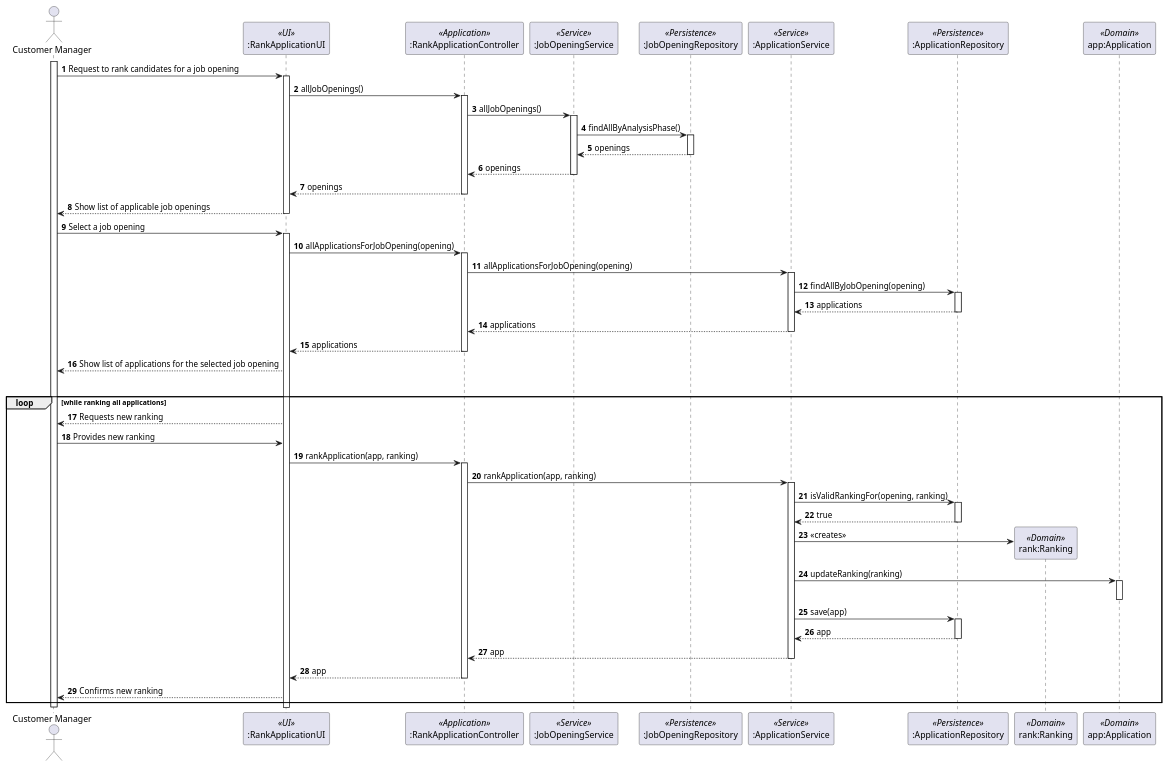
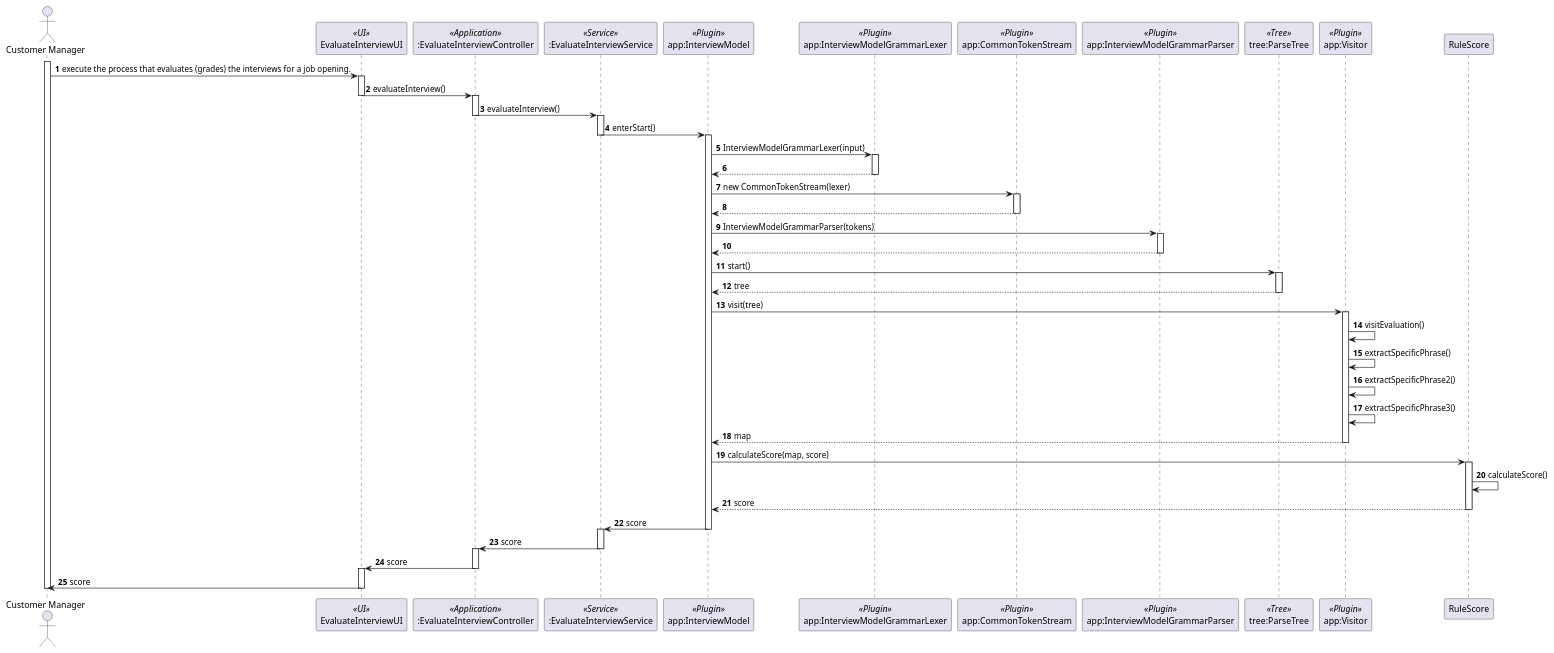
The diagram in docs/sprintC/1018/puml/1018-sequence-diagram.puml (marcoferreira37/Lapr4), drawn with PlantUML before and after one commit. The commit also changed 1 other file, not shown here.

Commit message:
#43 add sequence diagram and svg

```diff
--- a/docs/sprintC/1018/puml/1018-sequence-diagram.puml
+++ b/docs/sprintC/1018/puml/1018-sequence-diagram.puml
@@ -1,98 +1,98 @@
 @startuml
 
 actor "Customer Manager" as Agent
-participant ":RankApplicationUI" as ui <<UI>>
-participant ":RankApplicationController" as ctrl <<Application>>
-participant ":JobOpeningService" as jobServ <<Service>>
-participant ":JobOpeningRepository" as jobRepo <<Persistence>>
-participant ":ApplicationService" as appServ <<Service>>
-participant ":ApplicationRepository" as appRepo <<Persistence>>
-participant "rank:Ranking" as rank <<Domain>>
-participant "app:Application" as app <<Domain>>
+participant "EvaluateInterviewUI" as ui <<UI>>
+participant ":EvaluateInterviewController" as ctrl <<Application>>
+participant ":EvaluateInterviewService" as jobServ <<Service>>
+participant "app:InterviewModel" as interview <<Plugin>>
+participant "app:InterviewModelGrammarLexer" as lexer <<Plugin>>
+participant "app:CommonTokenStream" as stream <<Plugin>>
+participant "app:InterviewModelGrammarParser" as parser <<Plugin>>
+participant "tree:ParseTree" as tree <<Tree>>
+participant "app:Visitor" as visitor <<Plugin>>
+
+
+
+
 
 autonumber
 
 activate Agent
 
-Agent -> ui: Request to rank candidates for a job opening
+Agent -> ui: execute the process that evaluates (grades) the interviews for a job opening.
 activate ui
-ui -> ctrl: allJobOpenings()
+ui -> ctrl: evaluateInterview()
+deactivate ui
+
 activate ctrl
-ctrl -> jobServ: allJobOpenings()
+ctrl -> jobServ: evaluateInterview()
+deactivate ctrl
+
 activate jobServ
-jobServ -> jobRepo: findAllByAnalysisPhase()
-activate jobRepo
-jobRepo --> jobServ: openings
-deactivate
-jobServ --> ctrl: openings
-deactivate
-ctrl --> ui: openings
-deactivate
-ui --> Agent: Show list of applicable job openings
-deactivate
-Agent -> ui : Select a job opening
-activate ui
 
 
+jobServ -> interview: enterStart()
+deactivate jobServ
 
-ui -> ctrl: allApplicationsForJobOpening(opening)
+activate interview
 
-activate ctrl
+interview -> lexer: InterviewModelGrammarLexer(input)
+activate lexer
+lexer --> interview:
+deactivate lexer
 
-ctrl -> appServ: allApplicationsForJobOpening(opening)
+interview -> stream: new CommonTokenStream(lexer)
+activate stream
+stream --> interview:
+deactivate stream
+
+interview -> parser: InterviewModelGrammarParser(tokens)
+activate parser
+parser--> interview:
+deactivate parser
+
+interview -> tree: start()
+activate tree
+tree --> interview: tree
+deactivate tree
 
 
+interview -> visitor: visit(tree)
+activate visitor
+
+visitor -> visitor: visitEvaluation()
+visitor -> visitor: extractSpecificPhrase()
+visitor -> visitor: extractSpecificPhrase2()
+visitor -> visitor: extractSpecificPhrase3()
+
+visitor --> interview: map
+deactivate visitor
+
+interview -> RuleScore: calculateScore(map, score)
+activate RuleScore
+
+RuleScore -> RuleScore: calculateScore()
+
+RuleScore --> interview: score
+deactivate RuleScore
+
+interview -> jobServ: score
+deactivate interview
+activate jobServ
+
+jobServ -> ctrl: score
+deactivate jobServ
+activate ctrl
+ctrl -> ui: score
+deactivate ctrl
+activate ui
+ui -> Agent: score
+deactivate ui
 
 
-activate appServ
-appServ -> appRepo: findAllByJobOpening(opening)
-activate appRepo
-appRepo --> appServ: applications
-deactivate
-
-appServ --> ctrl: applications
-deactivate
-
-ctrl --> ui: applications
-deactivate
-
-ui --> Agent : Show list of applications for the selected job opening
-alt User wants to re-rank an application
-loop while ranking all applications
-
-ui --> Agent : Requests new ranking
-
-Agent -> ui : Provides new ranking
-ui -> ctrl : rankApplication(app, ranking)
-
-activate ctrl
-ctrl -> appServ : rankApplication(app, ranking)
-
-activate appServ
-appServ -> appRepo : isValidRankingFor(opening, ranking)
-activate appRepo
-appRepo --> appServ : true
-deactivate
-appServ -> rank** : «creates»
-appServ -> app : updateRanking(ranking)
-activate app
-deactivate
-
-appServ -> appRepo : save(app)
-activate appRepo
-appRepo --> appServ : app
-deactivate
-appServ --> ctrl : app
-deactivate
-ctrl --> ui : app
-deactivate
-ui --> Agent  : Confirms new ranking
-
-
-end loop
 
 deactivate Agent
 
 
 
 @enduml
```
